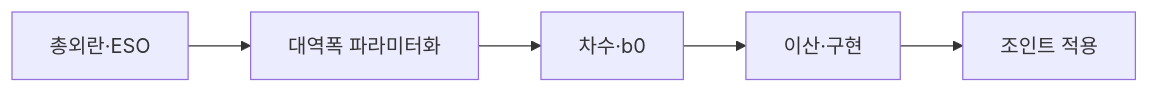
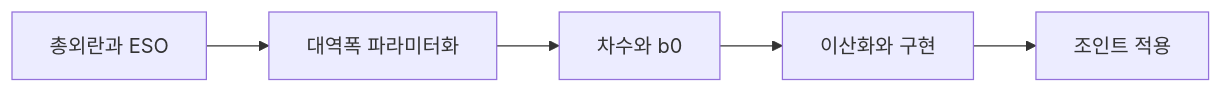
One commit to genie4youu/genie4youu.github.io changed the diagram in _posts/adrc/2026-07-21-18-verification.md. Above: the diagram before and after it, drawn with Mermaid. The commit also changed other lines of this file and 100 other files, not shown here.

````diff
--- a/_posts/adrc/2026-07-21-18-verification.md
+++ b/_posts/adrc/2026-07-21-18-verification.md
@@ -79,4 +79,4 @@
 ```mermaid
 flowchart LR
-    A["총외란·ESO"] --> B["대역폭 파라미터화"] --> C["차수·b0"] --> D["이산·구현"] --> E["조인트 적용"]
+    A["총외란과 ESO"] --> B["대역폭 파라미터화"] --> C["차수와 b0"] --> D["이산화와 구현"] --> E["조인트 적용"]
 ```
````
